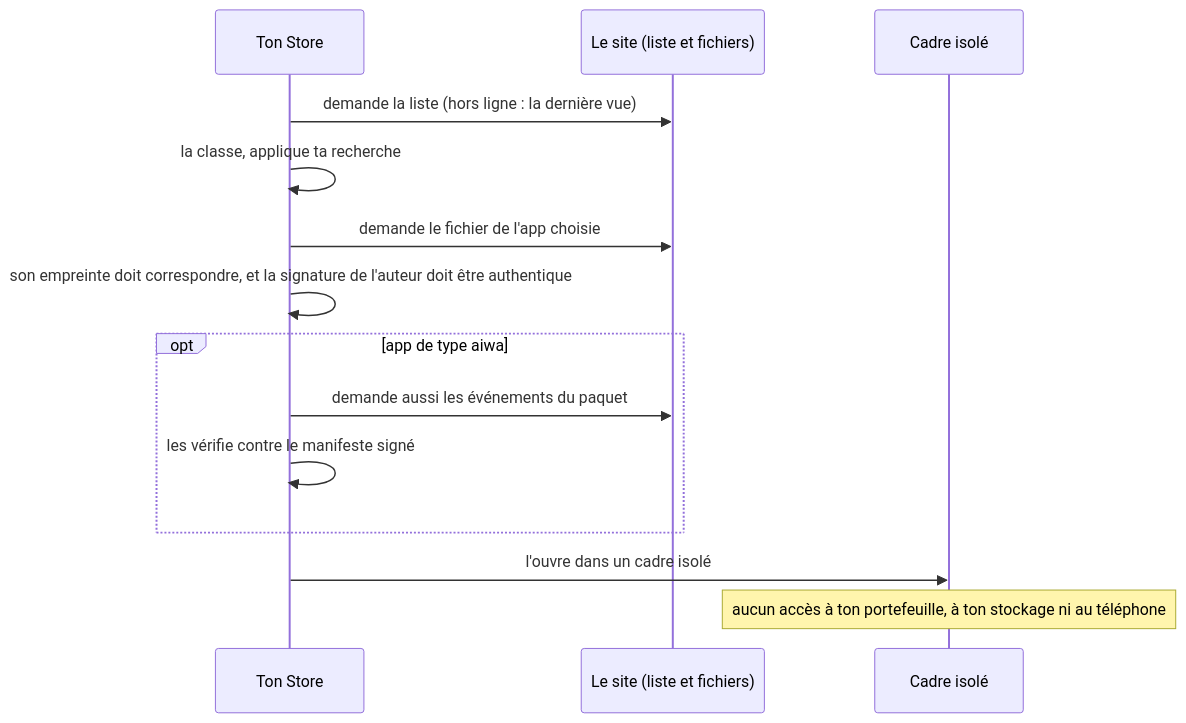
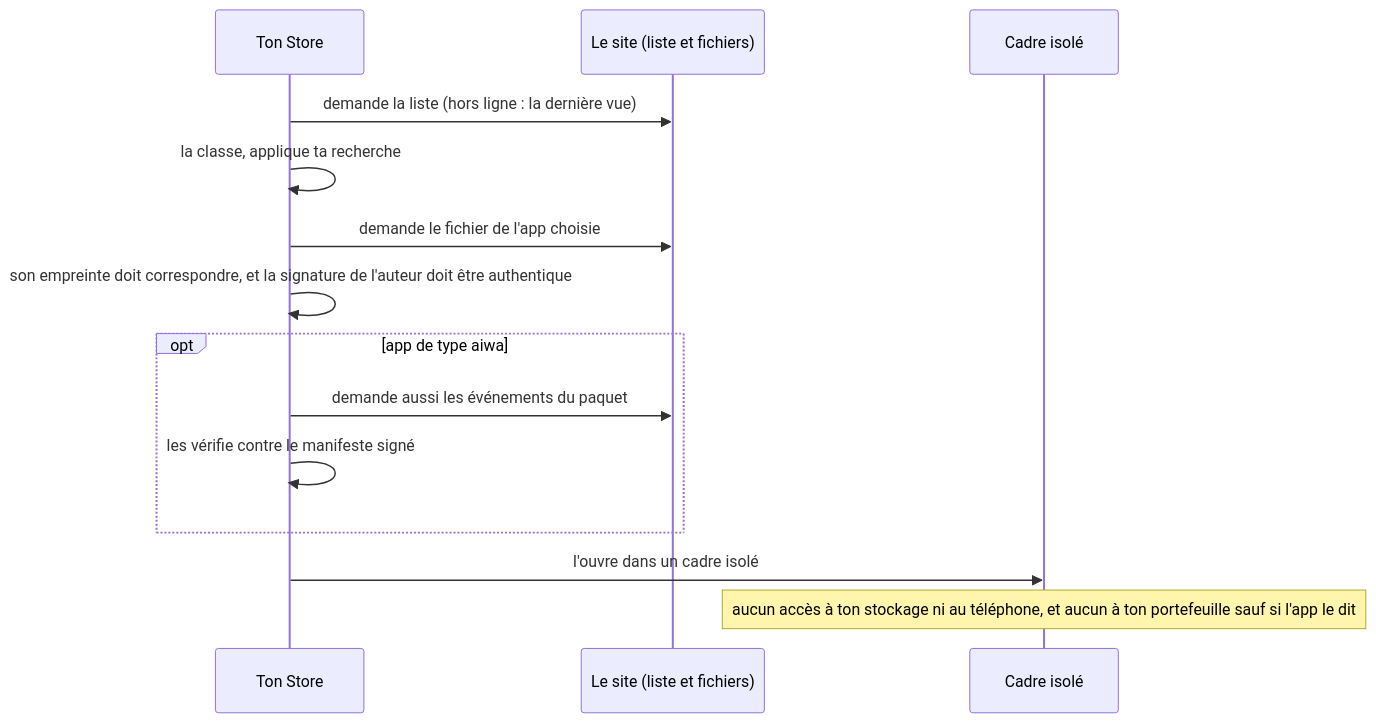
One commit to theodoreyong9/Aiwa_store changed diagram 12 of 13 in docs/EXPLICATION.md. Above: the diagram before and after it, drawn with Mermaid. The commit also changed other lines of this file and 17 other files, not shown here.

````diff
--- a/docs/EXPLICATION.md
+++ b/docs/EXPLICATION.md
@@ -410,16 +410,16 @@
 ```mermaid
 sequenceDiagram
   participant R as Ton Store
   participant P as Le site (liste et fichiers)
   participant F as Cadre isolé
   R->>P: demande la liste (hors ligne : la dernière vue)
   R->>R: la classe, applique ta recherche
   R->>P: demande le fichier de l'app choisie
   R->>R: son empreinte doit correspondre, et la signature de l'auteur doit être authentique
   opt app de type aiwa
     R->>P: demande aussi les événements du paquet
     R->>R: les vérifie contre le manifeste signé
   end
   R->>F: l'ouvre dans un cadre isolé
-  Note over F: aucun accès à ton portefeuille, à ton stockage ni au téléphone
+  Note over F: aucun accès à ton stockage ni au téléphone, et aucun à ton portefeuille sauf si l'app le dit
 ```
````
